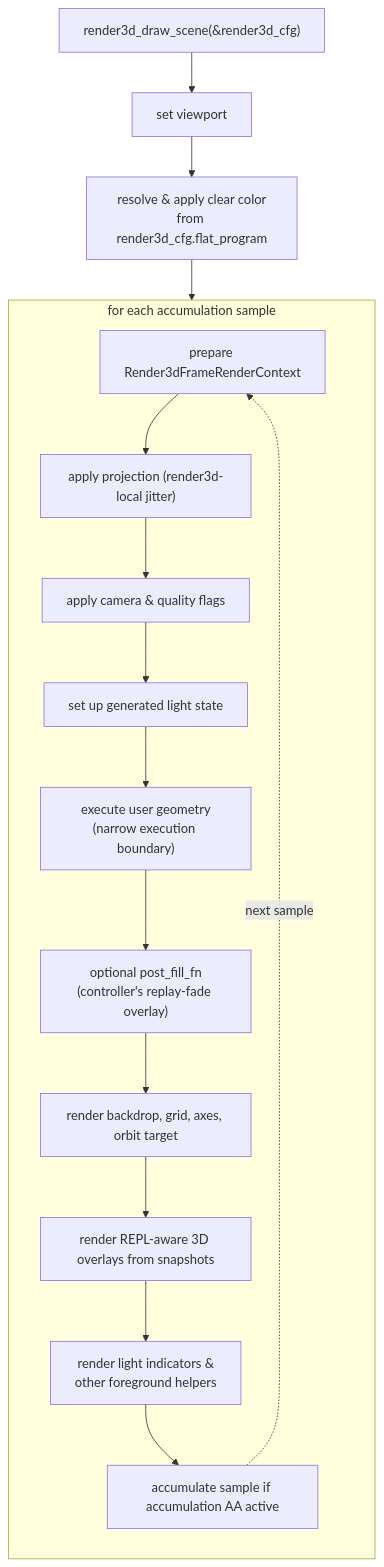
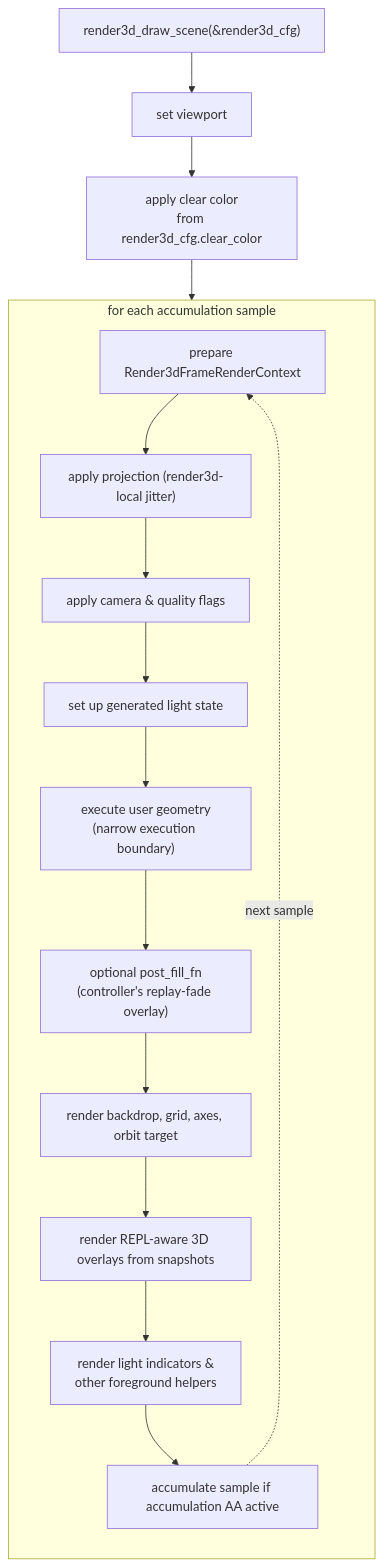
One commit to drewwoods/gl-repl changed the second of 2 diagrams in docs/ARCHITECTURE.md. Above: the diagram before and after it, drawn with Mermaid. The commit also changed other lines of this file and 11 other files, not shown here.

````diff
--- a/docs/ARCHITECTURE.md
+++ b/docs/ARCHITECTURE.md
@@ -214,20 +214,20 @@
 ```mermaid
 flowchart TD
     entry["render3d_draw_scene(&render3d_cfg)"] --> vp["set viewport"]
-    vp --> clear["resolve & apply clear color<br/>from render3d_cfg.flat_program"]
+    vp --> clear["apply clear color<br/>from render3d_cfg.clear_color"]
     clear --> p1
 
     subgraph loop["for each accumulation sample"]
         direction TB
         p1["prepare Render3dFrameRenderContext"] --> p2["apply projection (render3d-local jitter)"]
         p2 --> p3["apply camera & quality flags"]
         p3 --> p4["set up generated light state"]
         p4 --> p5["execute user geometry<br/>(narrow execution boundary)"]
         p5 --> p6["optional post_fill_fn<br/>(controller's replay-fade overlay)"]
         p6 --> p7["render backdrop, grid, axes, orbit target"]
         p7 --> p8["render REPL-aware 3D overlays from snapshots"]
         p8 --> p9["render light indicators &<br/>other foreground helpers"]
         p9 --> p10["accumulate sample if accumulation AA active"]
     end
     p10 -.->|next sample| p1
 ```
````
